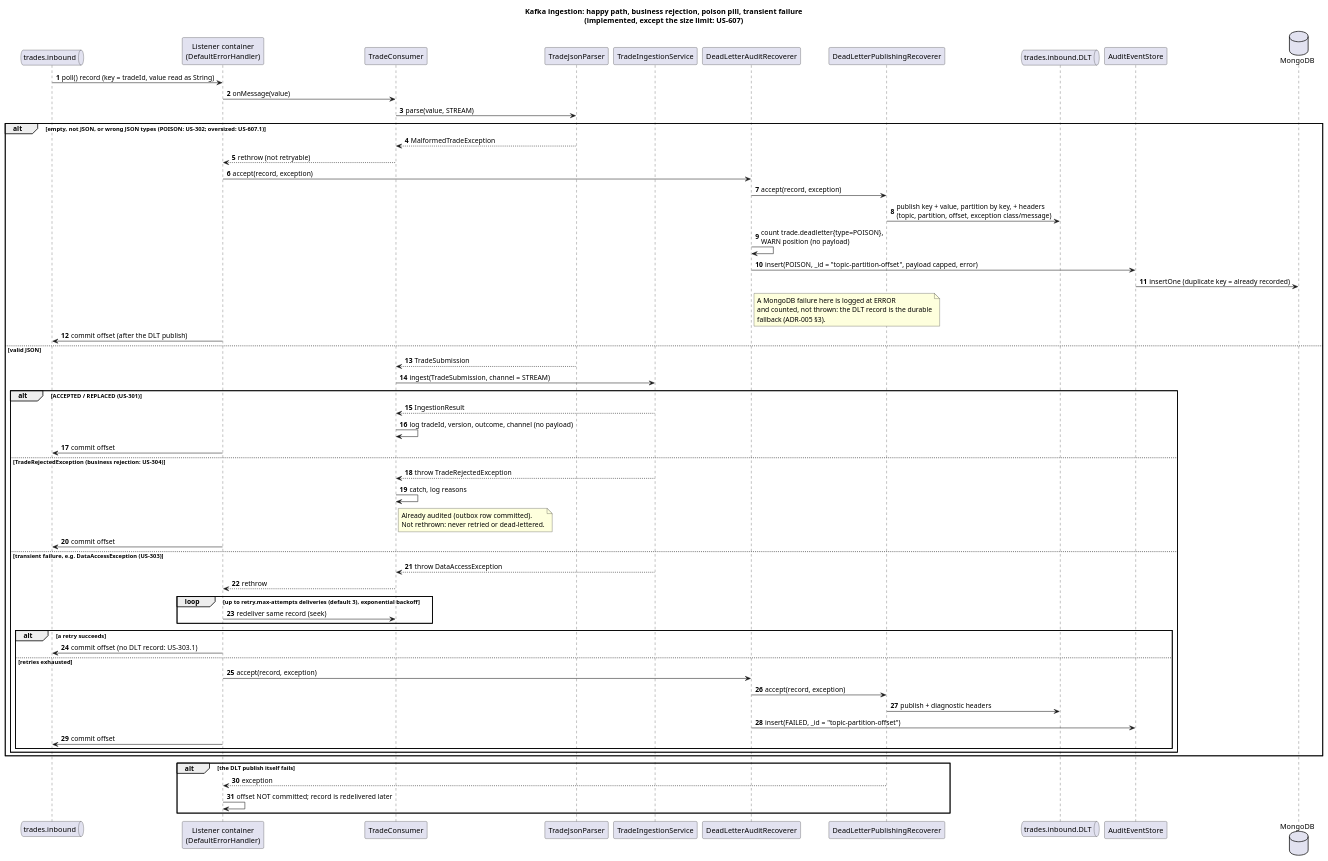
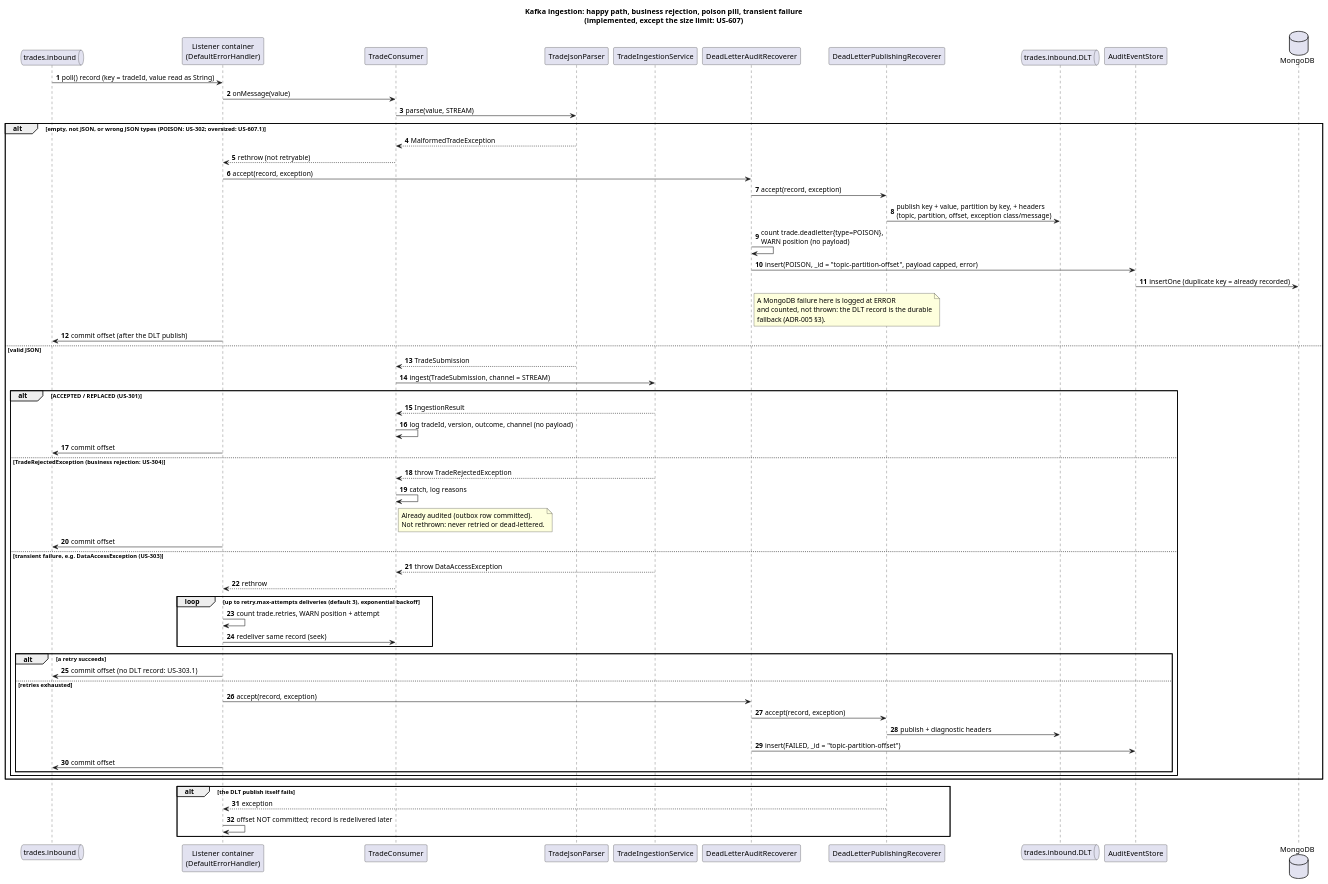
The diagram in docs/diagrams/05-seq-stream-ingestion.puml (kuldipkumar/Trade-store), drawn with PlantUML before and after one commit. The commit also changed 3 other files, not shown here.

First line of the commit message:
fix: US-303.1 count trade.retries and log each scheduled retry at WARN (green)

```diff
--- a/docs/diagrams/05-seq-stream-ingestion.puml
+++ b/docs/diagrams/05-seq-stream-ingestion.puml
@@ -1,77 +1,78 @@
 @startuml 05-seq-stream-ingestion
 title Kafka ingestion: happy path, business rejection, poison pill, transient failure\n(implemented, except the size limit: US-607)
 
 autonumber
 queue "trades.inbound" as Topic
 participant "Listener container\n(DefaultErrorHandler)" as Container
 participant TradeConsumer
 participant TradeJsonParser
 participant TradeIngestionService
 participant DeadLetterAuditRecoverer
 participant DeadLetterPublishingRecoverer
 queue "trades.inbound.DLT" as DLT
 participant AuditEventStore
 database MongoDB
 
 Topic -> Container : poll() record (key = tradeId, value read as String)
 Container -> TradeConsumer : onMessage(value)
 TradeConsumer -> TradeJsonParser : parse(value, STREAM)
 
 alt empty, not JSON, or wrong JSON types (POISON: US-302; oversized: US-607.1)
   TradeJsonParser --> TradeConsumer : MalformedTradeException
   TradeConsumer --> Container : rethrow (not retryable)
   Container -> DeadLetterAuditRecoverer : accept(record, exception)
   DeadLetterAuditRecoverer -> DeadLetterPublishingRecoverer : accept(record, exception)
   DeadLetterPublishingRecoverer -> DLT : publish key + value, partition by key, + headers\n(topic, partition, offset, exception class/message)
   DeadLetterAuditRecoverer -> DeadLetterAuditRecoverer : count trade.deadletter{type=POISON},\nWARN position (no payload)
   DeadLetterAuditRecoverer -> AuditEventStore : insert(POISON, _id = "topic-partition-offset", payload capped, error)
   AuditEventStore -> MongoDB : insertOne (duplicate key = already recorded)
   note right of DeadLetterAuditRecoverer
     A MongoDB failure here is logged at ERROR
     and counted, not thrown: the DLT record is the durable
     fallback (ADR-005 §3).
   end note
   Container -> Topic : commit offset (after the DLT publish)
 
 else valid JSON
   TradeJsonParser --> TradeConsumer : TradeSubmission
   TradeConsumer -> TradeIngestionService : ingest(TradeSubmission, channel = STREAM)
 
   alt ACCEPTED / REPLACED (US-301)
     TradeIngestionService --> TradeConsumer : IngestionResult
     TradeConsumer -> TradeConsumer : log tradeId, version, outcome, channel (no payload)
     Container -> Topic : commit offset
 
   else TradeRejectedException (business rejection: US-304)
     TradeIngestionService --> TradeConsumer : throw TradeRejectedException
     TradeConsumer -> TradeConsumer : catch, log reasons
     note right of TradeConsumer
       Already audited (outbox row committed).
       Not rethrown: never retried or dead-lettered.
     end note
     Container -> Topic : commit offset
 
   else transient failure, e.g. DataAccessException (US-303)
     TradeIngestionService --> TradeConsumer : throw DataAccessException
     TradeConsumer --> Container : rethrow
     loop up to retry.max-attempts deliveries (default 3), exponential backoff
+      Container -> Container : count trade.retries, WARN position + attempt
       Container -> TradeConsumer : redeliver same record (seek)
     end
     alt a retry succeeds
       Container -> Topic : commit offset (no DLT record: US-303.1)
     else retries exhausted
       Container -> DeadLetterAuditRecoverer : accept(record, exception)
       DeadLetterAuditRecoverer -> DeadLetterPublishingRecoverer : accept(record, exception)
       DeadLetterPublishingRecoverer -> DLT : publish + diagnostic headers
       DeadLetterAuditRecoverer -> AuditEventStore : insert(FAILED, _id = "topic-partition-offset")
       Container -> Topic : commit offset
     end
   end
 end
 
 alt the DLT publish itself fails
   DeadLetterPublishingRecoverer --> Container : exception
   Container -> Container : offset NOT committed; record is redelivered later
 end
 
 @enduml
```
